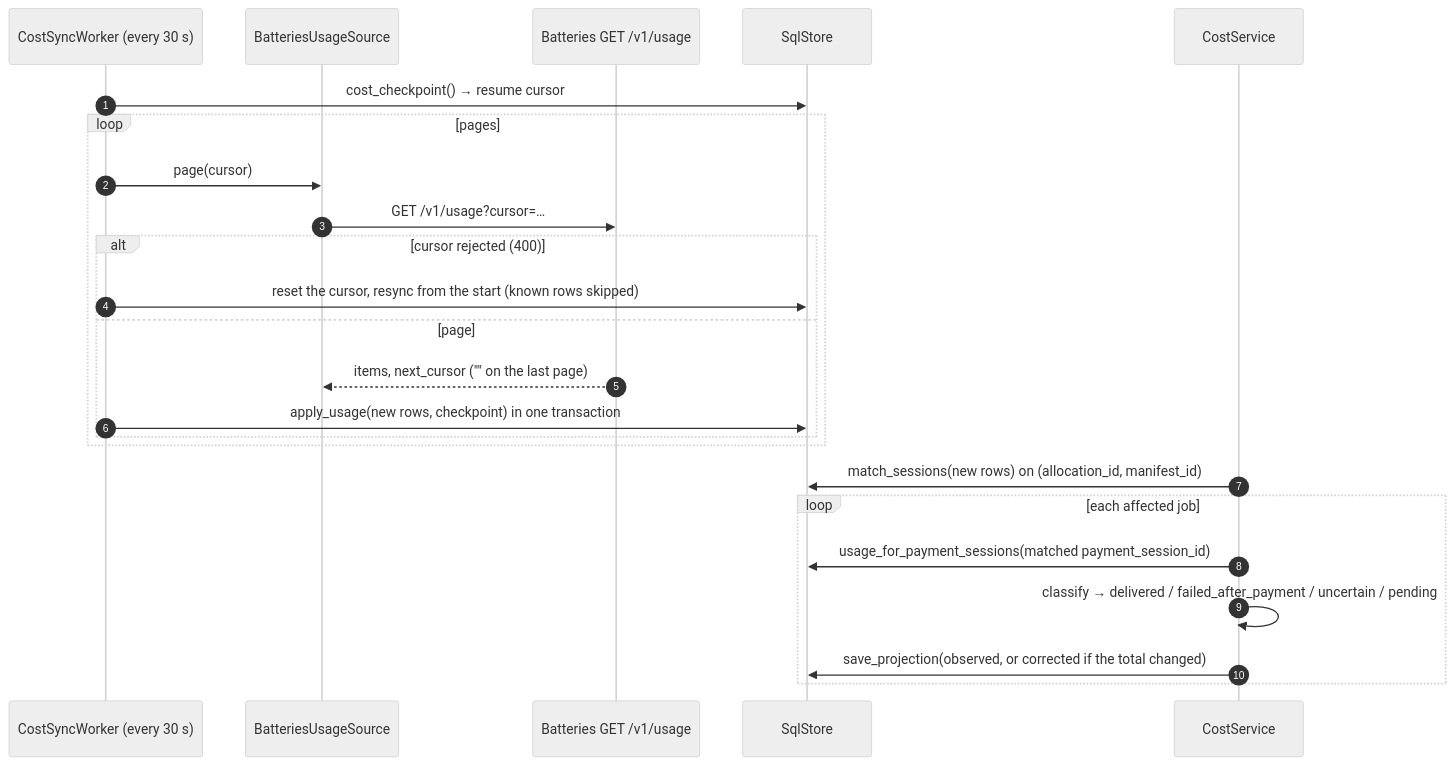
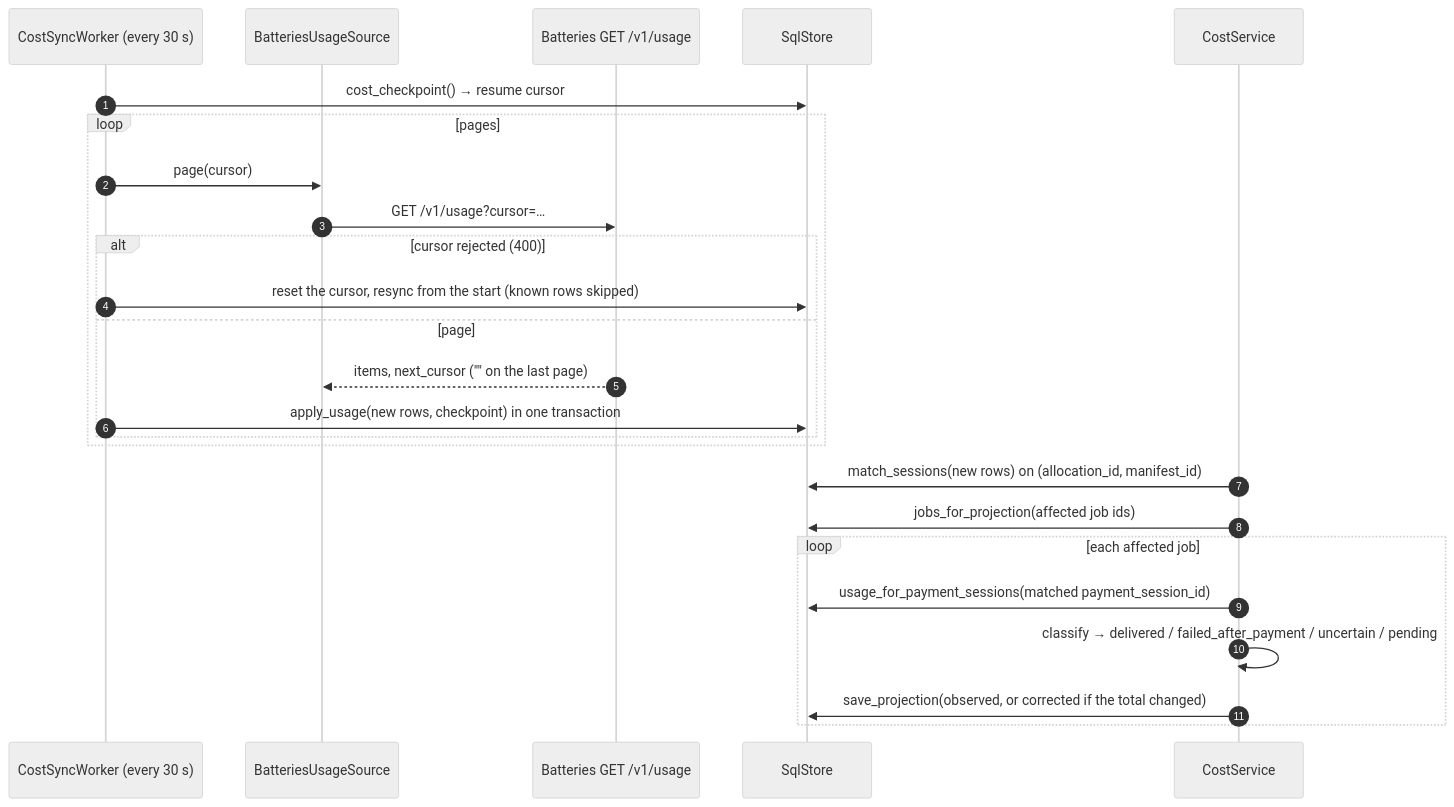
Before and after one commit to NE-Build-Track/livepeer-builder-core: the seventh of 12 diagrams in docs/design-docs/architecture-diagrams.md, drawn with Mermaid (neutral theme). The commit also changed other lines of this file and 20 other files, not shown here.

````diff
--- a/docs/design-docs/architecture-diagrams.md
+++ b/docs/design-docs/architecture-diagrams.md
@@ -234,26 +235,27 @@
 ```mermaid
 sequenceDiagram
     autonumber
     participant W as CostSyncWorker (every 30 s)
     participant U as BatteriesUsageSource
     participant Bat as Batteries GET /v1/usage
     participant DB as SqlStore
     participant C as CostService
     W->>DB: cost_checkpoint() → resume cursor
     loop pages
         W->>U: page(cursor)
         U->>Bat: GET /v1/usage?cursor=…
         alt cursor rejected (400)
             W->>DB: reset the cursor, resync from the start (known rows skipped)
         else page
             Bat-->>U: items, next_cursor ("" on the last page)
             W->>DB: apply_usage(new rows, checkpoint) in one transaction
         end
     end
     C->>DB: match_sessions(new rows) on (allocation_id, manifest_id)
+    C->>DB: jobs_for_projection(affected job ids)
     loop each affected job
         C->>DB: usage_for_payment_sessions(matched payment_session_id)
         C->>C: classify → delivered / failed_after_payment / uncertain / pending
         C->>DB: save_projection(observed, or corrected if the total changed)
     end
 ```
````
